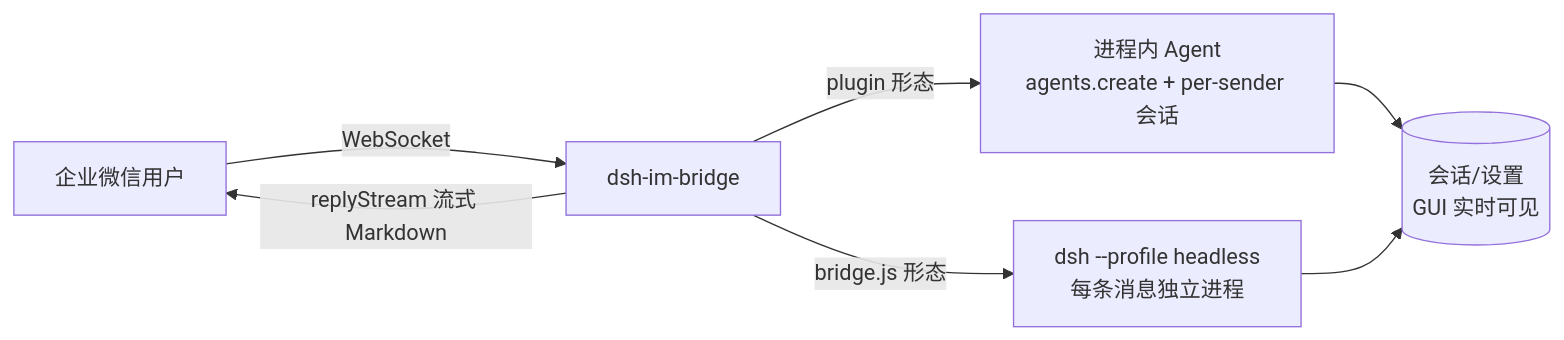
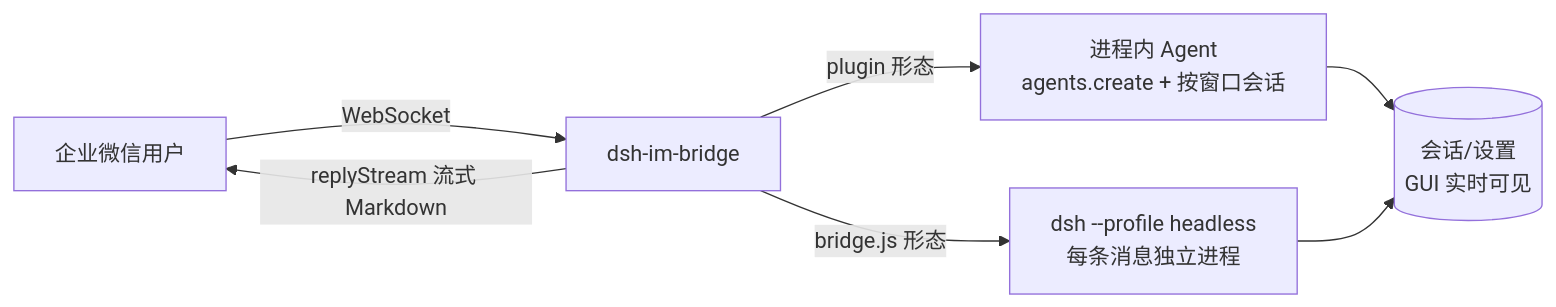
The diagram in README.md (MHfire/dsh-im-bridge), drawn with Mermaid before and after one commit. The commit also changed other lines of this file and 9 other files, not shown here.

````diff
--- a/README.md
+++ b/README.md
@@ -42,9 +42,9 @@
 ```mermaid
 flowchart LR
     U[企业微信用户] -- WebSocket --> B[dsh-im-bridge]
-    B -->|plugin 形态| A1[进程内 Agent<br/>agents.create + per-sender 会话]
+    B -->|plugin 形态| A1[进程内 Agent<br/>agents.create + 按窗口会话]
     B -->|bridge.js 形态| A2[dsh --profile headless<br/>每条消息独立进程]
     A1 --> S[(会话/设置<br/>GUI 实时可见)]
     A2 --> S
     B -- replyStream 流式 Markdown --> U
 ```
````
